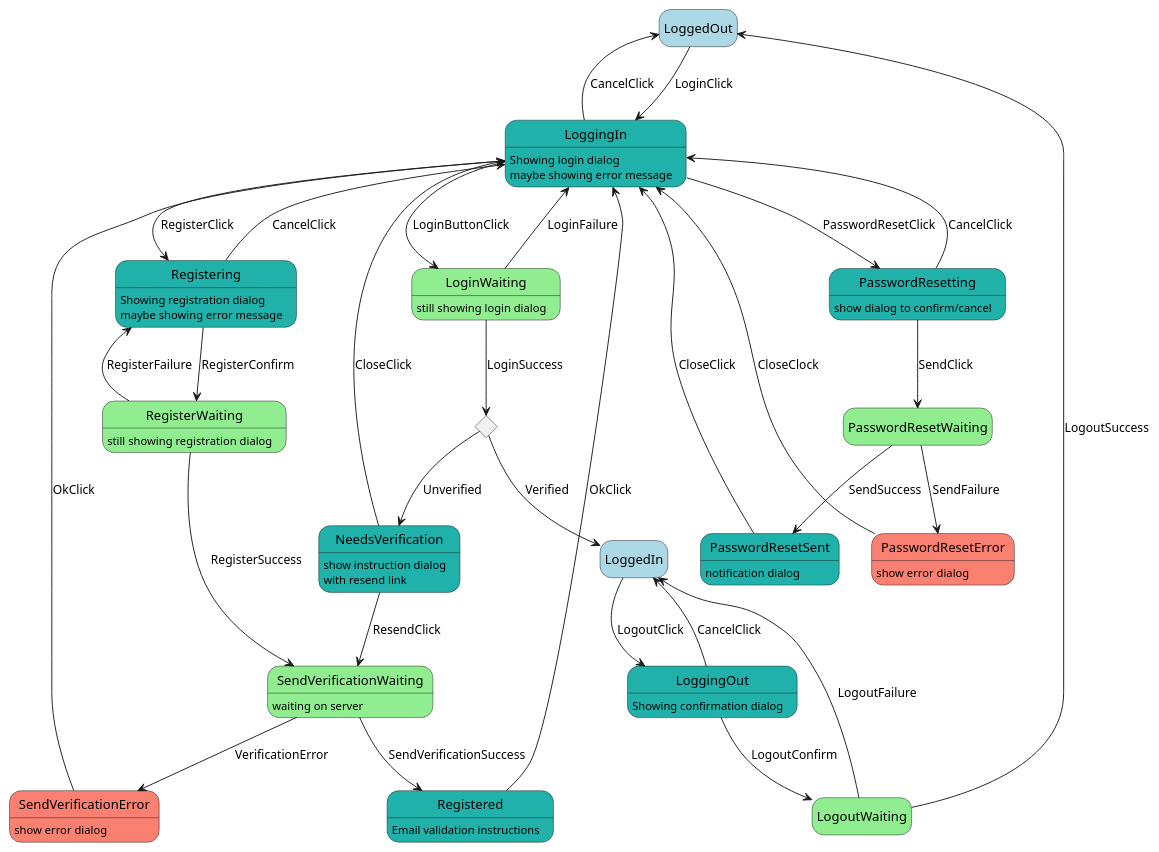
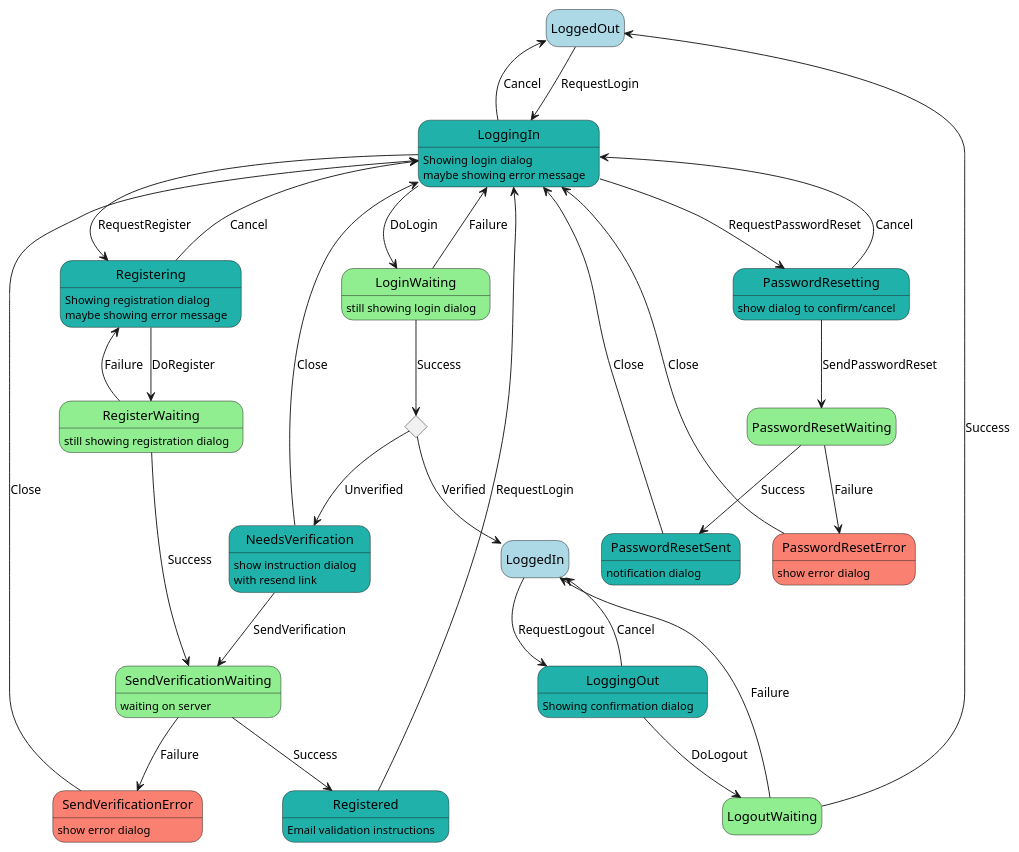
The diagram in design/user management/Login Logout.plantuml (Zer0-Vector/swn-faction-tracker), drawn with PlantUML before and after one commit.

Commit message:
simplify transition names

```diff
--- a/design/user management/Login Logout.plantuml
+++ b/design/user management/Login Logout.plantuml
@@ -1,56 +1,56 @@
 @startuml Login Logout States
 hide empty description
 
 state LoggedOut #LightBlue
 state LoggingIn #LightSeaGreen : Showing login dialog
 LoggingIn : maybe showing error message
 state LoginWaiting #LightGreen : still showing login dialog
 state LoggingOut #LightSeaGreen : Showing confirmation dialog
 state LogoutWaiting #LightGreen
 state Registering #LightSeaGreen : Showing registration dialog
 Registering : maybe showing error message
 state Registered #LightSeaGreen : Email validation instructions
 state RegisterWaiting #LightGreen
 RegisterWaiting: still showing registration dialog
 state verify <<choice>>
 state NeedsVerification #LightSeaGreen : show instruction dialog\nwith resend link
 state SendVerificationWaiting #LightGreen : waiting on server
 state SendVerificationError #Salmon : show error dialog
 state LoggedIn #LightBlue
 state PasswordResetting #LightSeaGreen : show dialog to confirm/cancel
 state PasswordResetWaiting #LightGreen
 state PasswordResetError #Salmon : show error dialog
 state PasswordResetSent #LightSeaGreen : notification dialog
 
-LoggedOut --> LoggingIn : LoginClick
-LoggingIn --> LoginWaiting : LoginButtonClick
-LoginWaiting --> verify : LoginSuccess
+LoggedOut --> LoggingIn : RequestLogin
+LoggingIn --> LoginWaiting : DoLogin
+LoginWaiting --> verify : Success
 verify --> LoggedIn : Verified
 verify --> NeedsVerification : Unverified
-NeedsVerification --> LoggingIn : CloseClick
-NeedsVerification --> SendVerificationWaiting : ResendClick
-LoggingIn --> LoggedOut : CancelClick
-LoggedIn --> LoggingOut : LogoutClick
-LoggingOut --> LoggedIn : CancelClick
-LoggingOut --> LogoutWaiting : LogoutConfirm
-LogoutWaiting --> LoggedOut : LogoutSuccess
-LogoutWaiting --> LoggedIn : LogoutFailure
-LoginWaiting --> LoggingIn : LoginFailure
-LoggingIn --> Registering : RegisterClick
-Registering --> RegisterWaiting : RegisterConfirm
-RegisterWaiting --> SendVerificationWaiting : RegisterSuccess
-SendVerificationError --> LoggingIn : OkClick
-RegisterWaiting --> Registering : RegisterFailure
-Registered --> LoggingIn : OkClick
-Registering --> LoggingIn : CancelClick
-SendVerificationWaiting --> SendVerificationError : VerificationError
-SendVerificationWaiting --> Registered : SendVerificationSuccess
-LoggingIn --> PasswordResetting : PasswordResetClick
-PasswordResetting --> LoggingIn : CancelClick
-PasswordResetting --> PasswordResetWaiting : SendClick
-PasswordResetWaiting --> PasswordResetSent : SendSuccess
-PasswordResetWaiting --> PasswordResetError : SendFailure
-PasswordResetSent --> LoggingIn : CloseClick
-PasswordResetError --> LoggingIn : CloseClock
+NeedsVerification --> LoggingIn : Close
+NeedsVerification --> SendVerificationWaiting : SendVerification
+LoggingIn --> LoggedOut : Cancel
+LoggedIn --> LoggingOut : RequestLogout
+LoggingOut --> LoggedIn : Cancel
+LoggingOut --> LogoutWaiting : DoLogout
+LogoutWaiting --> LoggedOut : Success
+LogoutWaiting --> LoggedIn : Failure
+LoginWaiting --> LoggingIn : Failure
+LoggingIn --> Registering : RequestRegister
+Registering --> RegisterWaiting : DoRegister
+RegisterWaiting --> SendVerificationWaiting : Success
+SendVerificationError --> LoggingIn : Close
+RegisterWaiting --> Registering : Failure
+Registered --> LoggingIn : RequestLogin
+Registering --> LoggingIn : Cancel
+SendVerificationWaiting --> SendVerificationError : Failure
+SendVerificationWaiting --> Registered : Success
+LoggingIn --> PasswordResetting : RequestPasswordReset
+PasswordResetting --> LoggingIn : Cancel
+PasswordResetting --> PasswordResetWaiting : SendPasswordReset
+PasswordResetWaiting --> PasswordResetSent : Success
+PasswordResetWaiting --> PasswordResetError : Failure
+PasswordResetSent --> LoggingIn : Close
+PasswordResetError --> LoggingIn : Close
 
 @enduml
```
